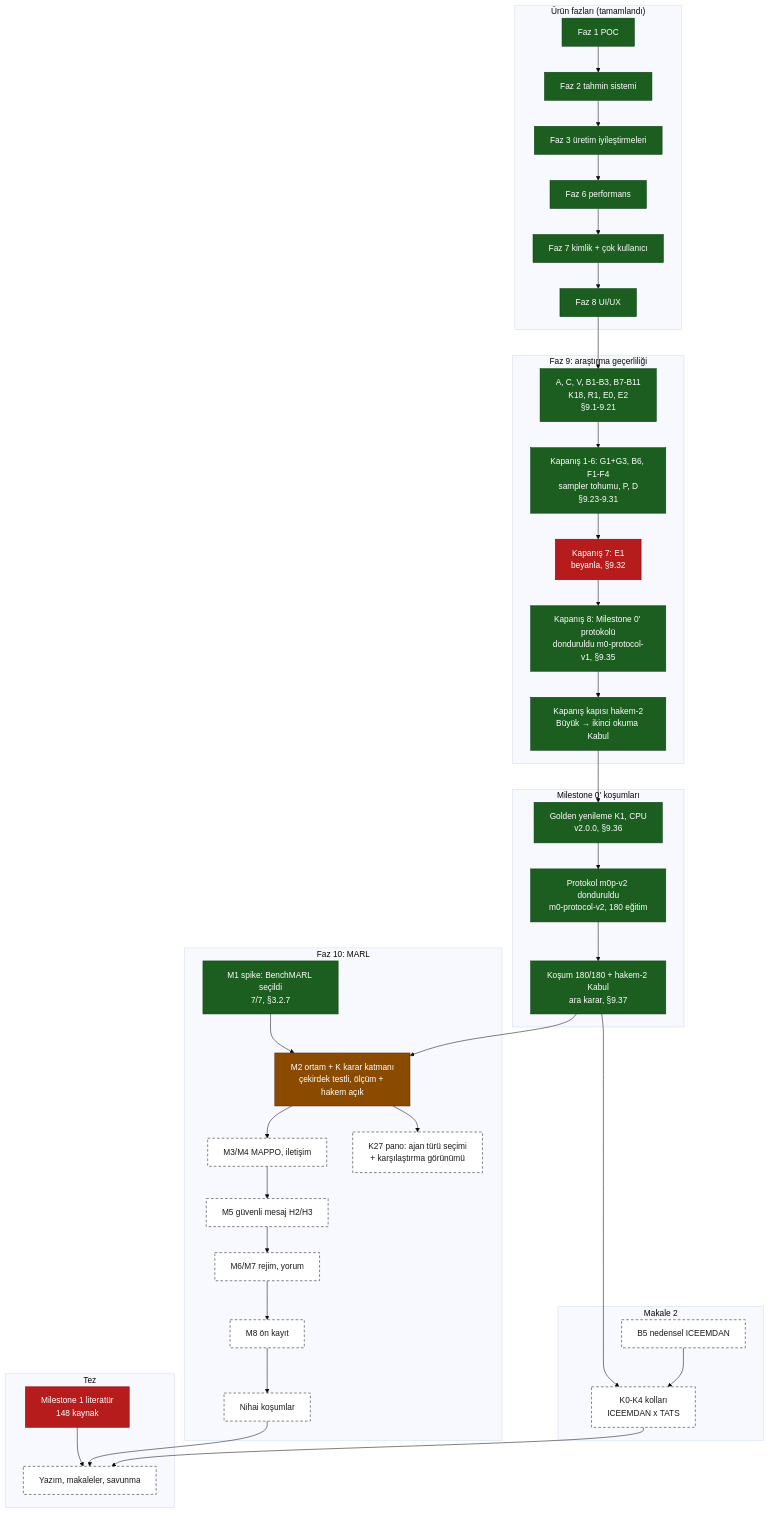
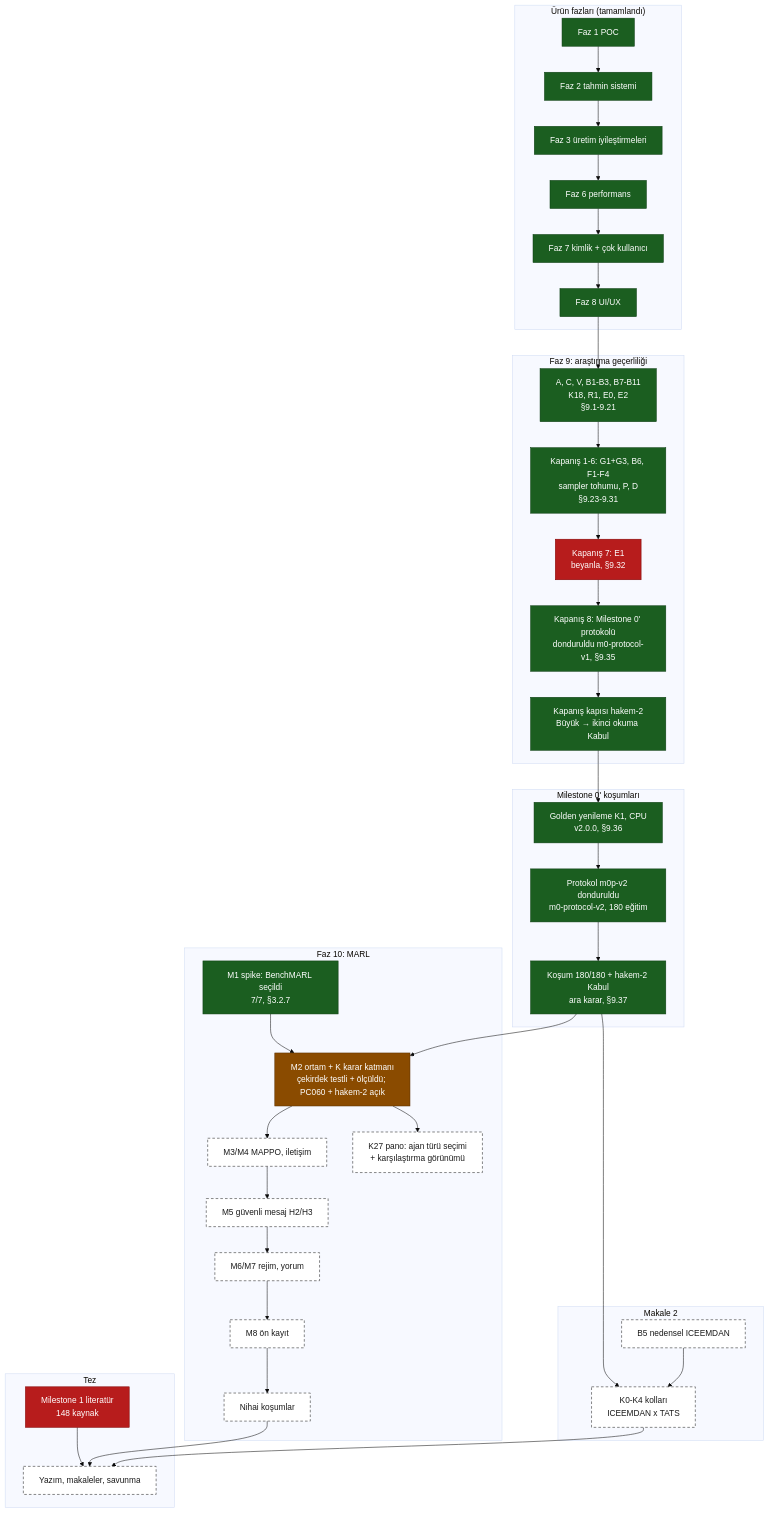
The second of 2 diagrams in docs/development/system-map.md (softdevcan/RL-Trading-Project), drawn with Mermaid (base theme) before and after one commit. The commit also changed other lines of this file and 11 other files, not shown here.

````diff
--- a/docs/development/system-map.md
+++ b/docs/development/system-map.md
@@ -112,63 +112,63 @@
 ```mermaid
 flowchart TB
   classDef done fill:#1b5e20,stroke:#0b3d10,color:#ffffff
   classDef partial fill:#b71c1c,stroke:#7f0000,color:#ffffff
   classDef active fill:#8a4b00,stroke:#5a3000,color:#ffffff
   classDef decision fill:#4a148c,stroke:#2a0060,color:#ffffff
   classDef planned fill:#ffffff,stroke:#1a1a1a,stroke-dasharray:5 4,color:#1a1a1a
 
   subgraph URUN["Ürün fazları (tamamlandı)"]
     F1["Faz 1 POC"]:::done
     F2["Faz 2 tahmin sistemi"]:::done
     F3["Faz 3 üretim iyileştirmeleri"]:::done
     F6["Faz 6 performans"]:::done
     F7["Faz 7 kimlik + çok kullanıcı"]:::done
     F8["Faz 8 UI/UX"]:::done
   end
 
   subgraph F9["Faz 9: araştırma geçerliliği"]
     P9A["A, C, V, B1-B3, B7-B11<br/>K18, R1, E0, E2<br/>§9.1-9.21"]:::done
     P9B["Kapanış 1-6: G1+G3, B6, F1-F4<br/>sampler tohumu, P, D<br/>§9.23-9.31"]:::done
     P9E["Kapanış 7: E1<br/>beyanla, §9.32"]:::partial
     P9M["Kapanış 8: Milestone 0' protokolü<br/>donduruldu m0-protocol-v1, §9.35"]:::done
     H2["Kapanış kapısı hakem-2<br/>Büyük → ikinci okuma Kabul"]:::done
   end
 
   subgraph M0["Milestone 0' koşumları"]
     GOLD["Golden yenileme K1, CPU<br/>v2.0.0, §9.36"]:::done
     PRE["Protokol m0p-v2 donduruldu<br/>m0-protocol-v2, 180 eğitim"]:::done
     FIN["Koşum 180/180 + hakem-2 Kabul<br/>ara karar, §9.37"]:::done
   end
 
   subgraph M2P["Makale 2"]
     B5["B5 nedensel ICEEMDAN"]:::planned
     K0K4["K0-K4 kolları<br/>ICEEMDAN x TATS"]:::planned
   end
 
   subgraph F10["Faz 10: MARL"]
     M1["M1 spike: BenchMARL seçildi<br/>7/7, §3.2.7"]:::done
-    M2["M2 ortam + K karar katmanı<br/>çekirdek testli, ölçüm + hakem açık"]:::active
+    M2["M2 ortam + K karar katmanı<br/>çekirdek testli + ölçüldü; PC060 + hakem-2 açık"]:::active
     M34["M3/M4 MAPPO, iletişim"]:::planned
     M5["M5 güvenli mesaj H2/H3"]:::planned
     M67["M6/M7 rejim, yorum"]:::planned
     M8["M8 ön kayıt"]:::planned
     FINAL["Nihai koşumlar"]:::planned
     K27["K27 pano: ajan türü seçimi<br/>+ karşılaştırma görünümü"]:::planned
   end
 
   subgraph TEZ["Tez"]
     T1["Milestone 1 literatür<br/>148 kaynak"]:::partial
     T4["Yazım, makaleler, savunma"]:::planned
   end
 
   F1 --> F2 --> F3 --> F6 --> F7 --> F8 --> P9A --> P9B --> P9E --> P9M --> H2
   H2 --> GOLD --> PRE --> FIN
   FIN --> K0K4
   B5 --> K0K4
   M1 --> M2
   FIN --> M2 --> M34 --> M5 --> M67 --> M8 --> FINAL
   M2 --> K27
   T1 --> T4
   FINAL --> T4
   K0K4 --> T4
 ```
````
